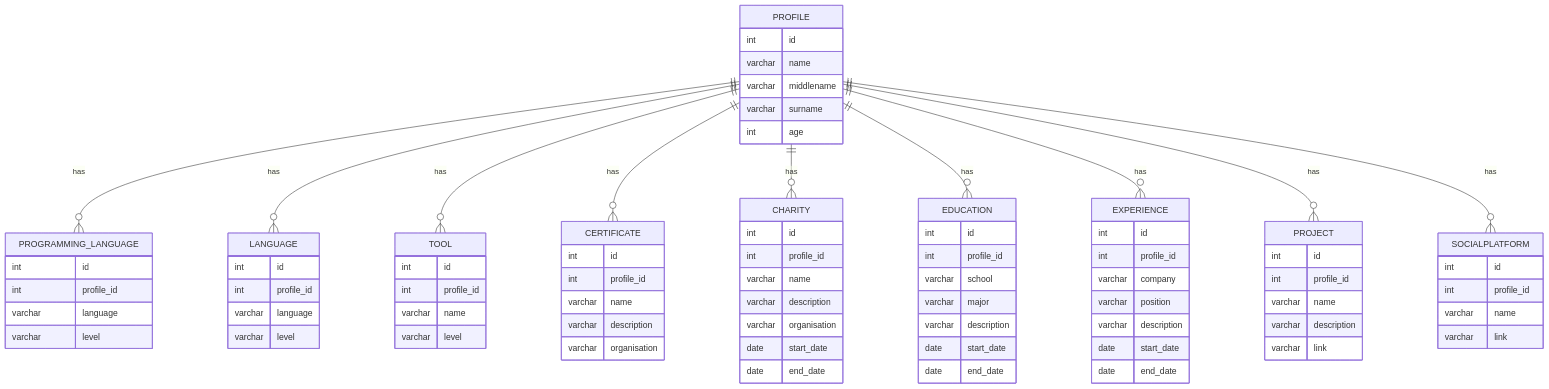
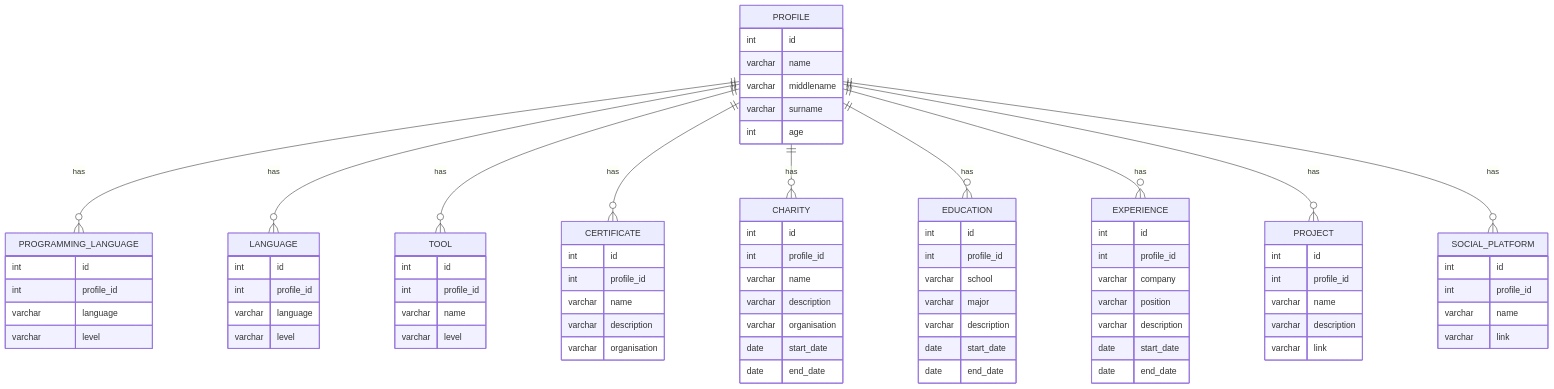
One commit to Korbielowski/AutoApply changed the diagram in README.md. Above: the diagram before and after it, drawn with Mermaid.

````diff
--- a/README.md
+++ b/README.md
@@ -72,7 +72,7 @@
         varchar description
         varchar link
     }
-    SOCIALPLATFORM {
+    SOCIAL_PLATFORM {
         int id
         int profile_id
         varchar name
@@ -87,5 +87,5 @@
     PROFILE ||--o{ EDUCATION : has
     PROFILE ||--o{ EXPERIENCE : has
     PROFILE ||--o{ PROJECT : has
-    PROFILE ||--o{ SOCIALPLATFORM : has
+    PROFILE ||--o{ SOCIAL_PLATFORM : has
 ```
````
